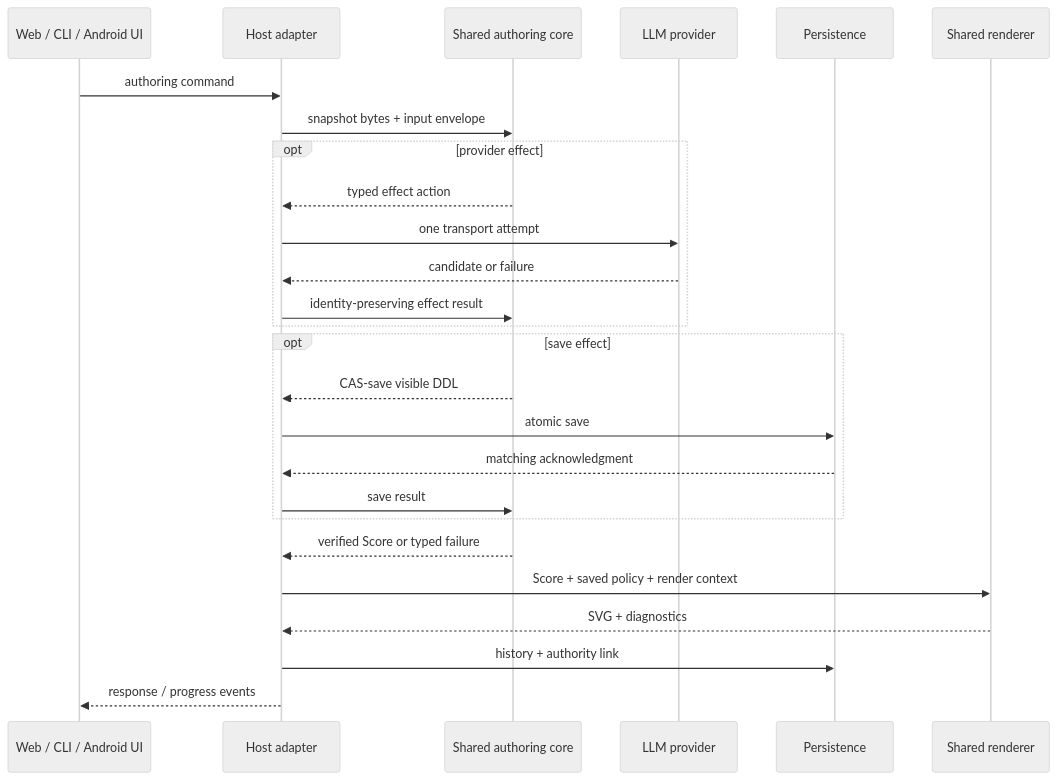
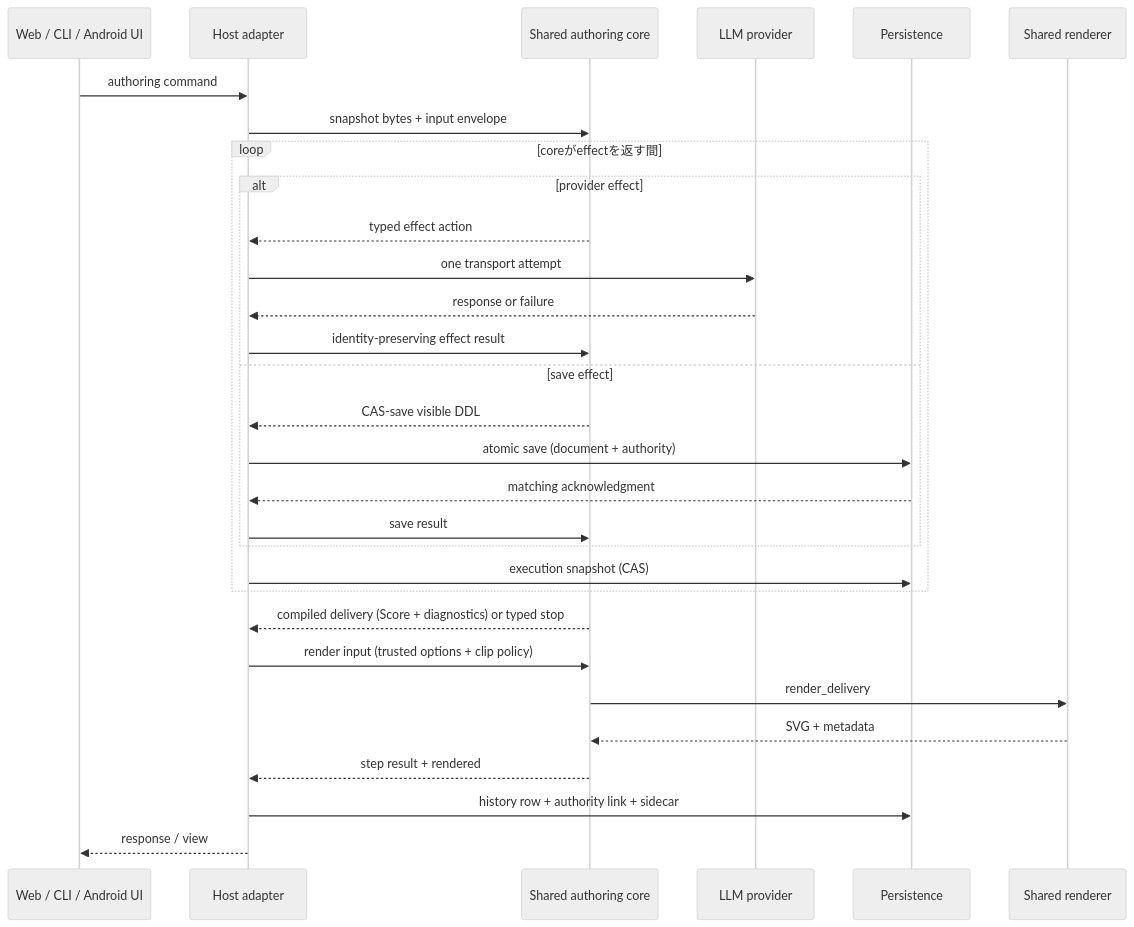
Before and after one commit to oikawas/inku-lang: the second of 2 diagrams in docs/architecture/ddl-processing-pipeline.ja.md, drawn with Mermaid (neutral theme). The commit also changed other lines of this file and 27 other files, not shown here.

First line of the commit message:
Update architecture documents for the shared Rust pipeline

````diff
--- a/docs/architecture/ddl-processing-pipeline.ja.md
+++ b/docs/architecture/ddl-processing-pipeline.ja.md
@@ -59,29 +73,33 @@
 ```mermaid
 sequenceDiagram
     participant C as Web / CLI / Android UI
     participant H as Host adapter
     participant A as Shared authoring core
     participant L as LLM provider
     participant P as Persistence
     participant R as Shared renderer
 
     C->>H: authoring command
     H->>A: snapshot bytes + input envelope
-    opt provider effect
-        A-->>H: typed effect action
-        H->>L: one transport attempt
-        L-->>H: candidate or failure
-        H->>A: identity-preserving effect result
+    loop coreがeffectを返す間
+        alt provider effect
+            A-->>H: typed effect action
+            H->>L: one transport attempt
+            L-->>H: response or failure
+            H->>A: identity-preserving effect result
+        else save effect
+            A-->>H: CAS-save visible DDL
+            H->>P: atomic save (document + authority)
+            P-->>H: matching acknowledgment
+            H->>A: save result
+        end
+        H->>P: execution snapshot (CAS)
     end
-    opt save effect
-        A-->>H: CAS-save visible DDL
-        H->>P: atomic save
-        P-->>H: matching acknowledgment
-        H->>A: save result
-    end
-    A-->>H: verified Score or typed failure
-    H->>R: Score + saved policy + render context
-    R-->>H: SVG + diagnostics
-    H->>P: history + authority link
-    H-->>C: response / progress events
+    A-->>H: compiled delivery (Score + diagnostics) or typed stop
+    H->>A: render input (trusted options + clip policy)
+    A->>R: render_delivery
+    R-->>A: SVG + metadata
+    A-->>H: step result + rendered
+    H->>P: history row + authority link + sidecar
+    H-->>C: response / view
 ```
````
